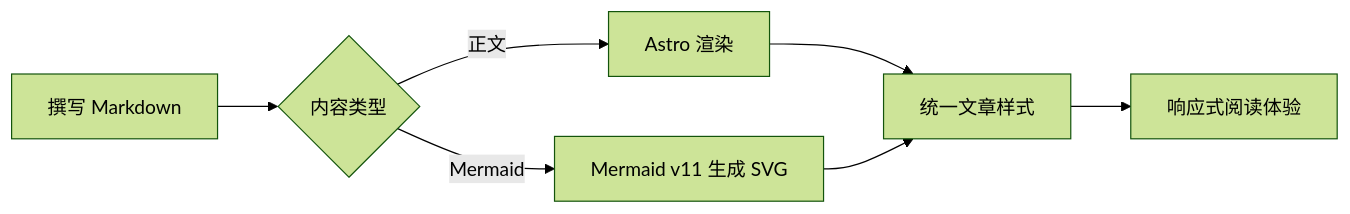
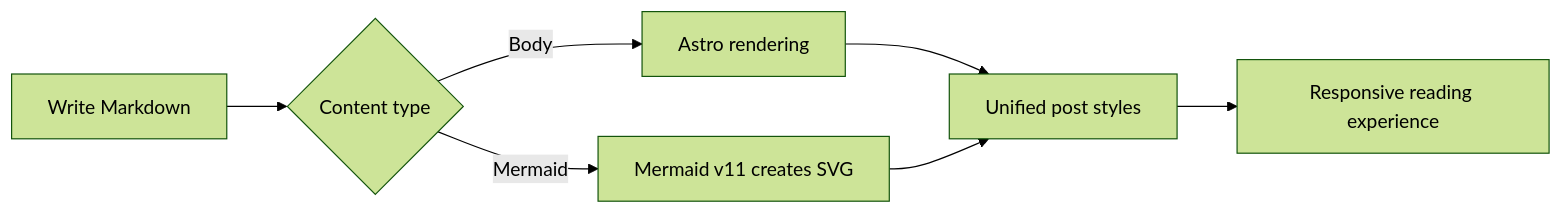
Before and after one commit to usvan/usvan.github.io: the first of 2 diagrams in src/content/blog/主题样式完全展示_20260714.md, drawn with Mermaid (forest theme). The commit also changed other lines of this file and 20 other files, not shown here.

````diff
--- a/src/content/blog/主题样式完全展示_20260714.md
+++ b/src/content/blog/主题样式完全展示_20260714.md
@@ -163,9 +163,9 @@
 ```mermaid
 flowchart LR
-    A["撰写 Markdown"] --> B{"内容类型"}
-    B -->|正文| C["Astro 渲染"]
-    B -->|Mermaid| D["Mermaid v11 生成 SVG"]
-    C --> E["统一文章样式"]
+    A["Write Markdown"] --> B{"Content type"}
+    B -->|Body| C["Astro rendering"]
+    B -->|Mermaid| D["Mermaid v11 creates SVG"]
+    C --> E["Unified post styles"]
     D --> E
-    E --> F["响应式阅读体验"]
+    E --> F["Responsive reading experience"]
 ```
````
